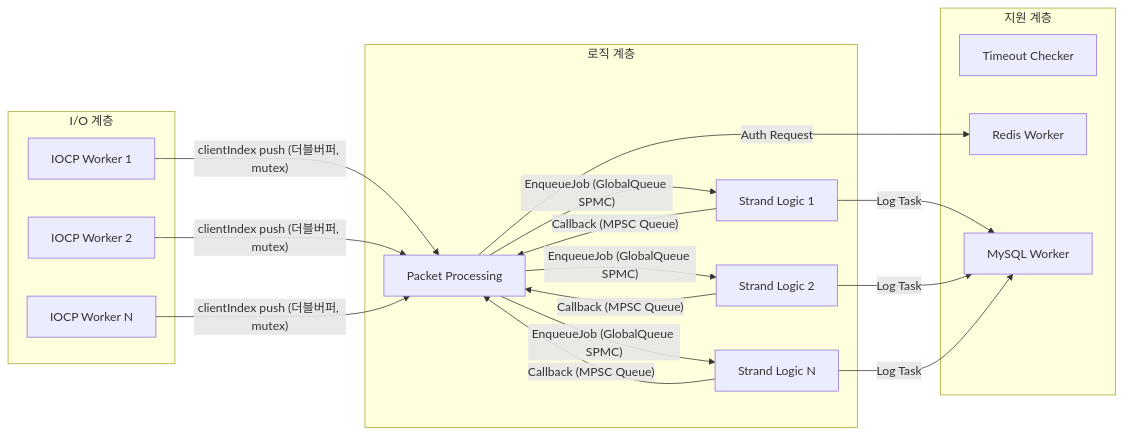
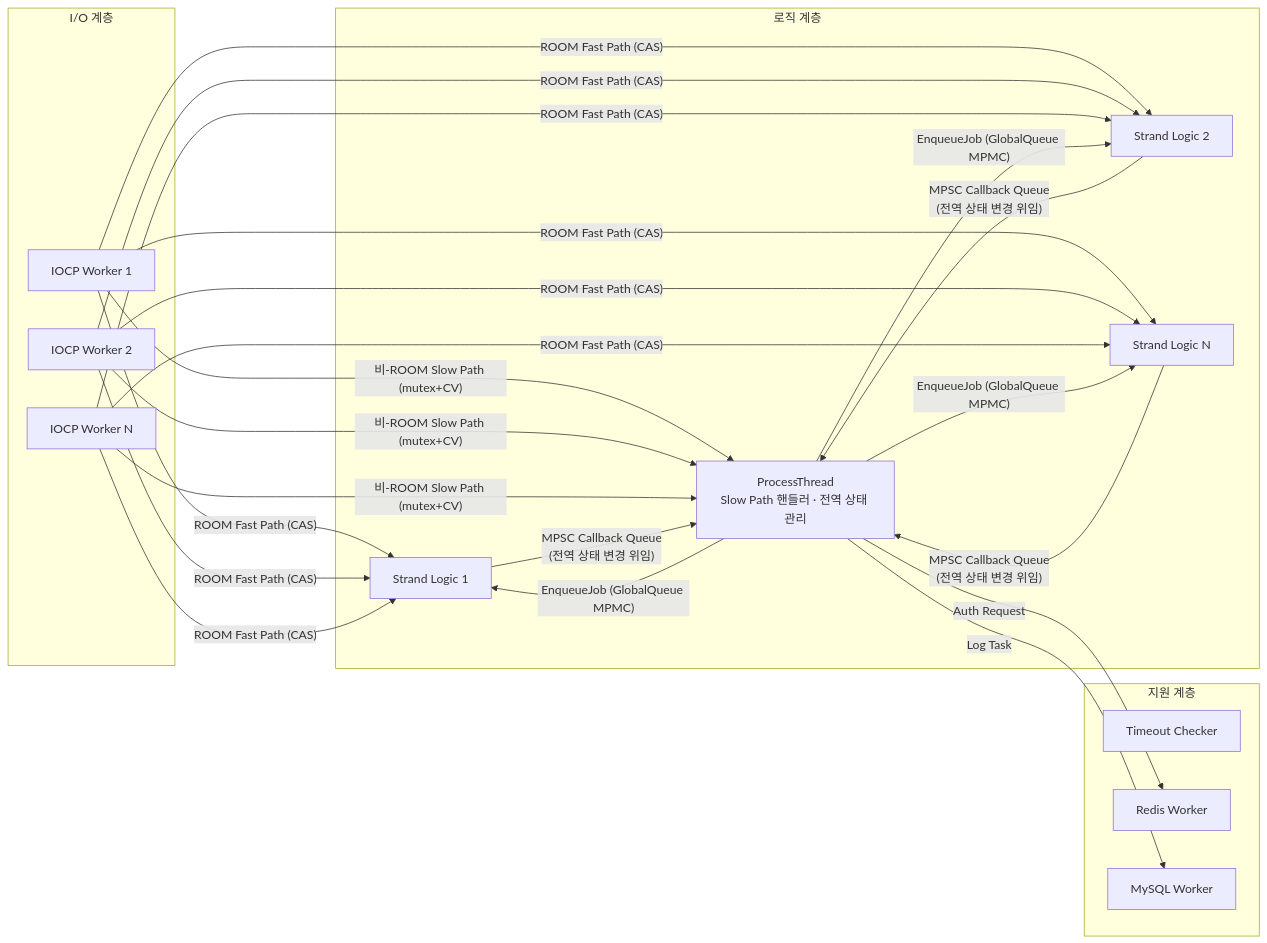
Before and after one commit to kanghyoungwoo/IOCP: the first of 3 diagrams in Docs/구현 상세.md, drawn with Mermaid. The commit also changed other lines of this file and 3 other files, not shown here.

````diff
--- a/Docs/구현 상세.md
+++ b/Docs/구현 상세.md
@@ -13,27 +13,28 @@
 ```mermaid
 graph LR
     subgraph IO["I/O 계층"]
         W1[IOCP Worker 1]
         W2[IOCP Worker 2]
         WN[IOCP Worker N]
     end
 
     subgraph Logic["로직 계층"]
-        PP[Packet Processing]
+        PP["ProcessThread\nSlow Path 핸들러 · 전역 상태 관리"]
         L1[Strand Logic 1]
         L2[Strand Logic 2]
         LN[Strand Logic N]
     end
 
     subgraph Support["지원 계층"]
         TC[Timeout Checker]
         RD[Redis Worker]
         MY[MySQL Worker]
     end
 
-    W1 & W2 & WN -->|"clientIndex push (더블버퍼, mutex)"| PP
-    PP -->|"EnqueueJob (GlobalQueue SPMC)"| L1 & L2 & LN
+    W1 & W2 & WN -->|"ROOM Fast Path (CAS)"| L1 & L2 & LN
+    W1 & W2 & WN -->|"비-ROOM Slow Path (mutex+CV)"| PP
+    PP -->|"EnqueueJob (GlobalQueue MPMC)"| L1 & L2 & LN
     PP -->|Auth Request| RD
-    L1 & L2 & LN -->|"Callback (MPSC Queue)"| PP
-    L1 & L2 & LN -->|Log Task| MY
+    L1 & L2 & LN -->|"MPSC Callback Queue\n(전역 상태 변경 위임)"| PP
+    PP -->|Log Task| MY
 ```
````
